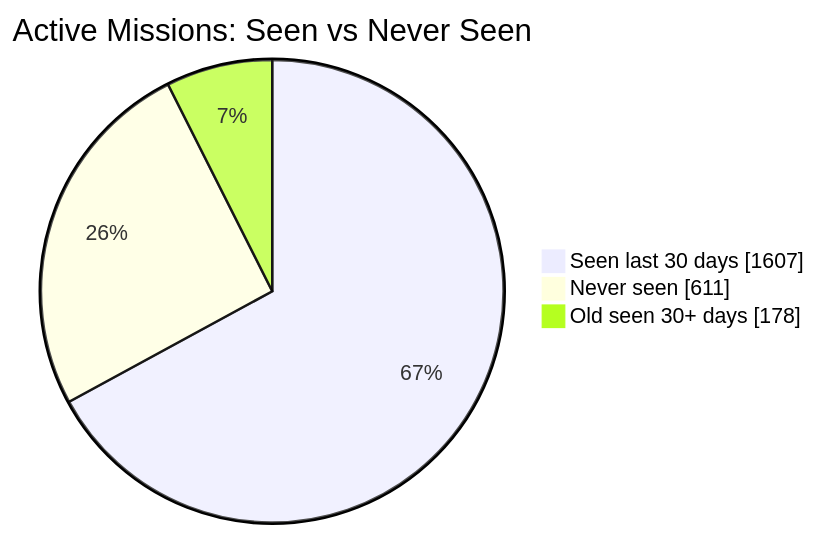
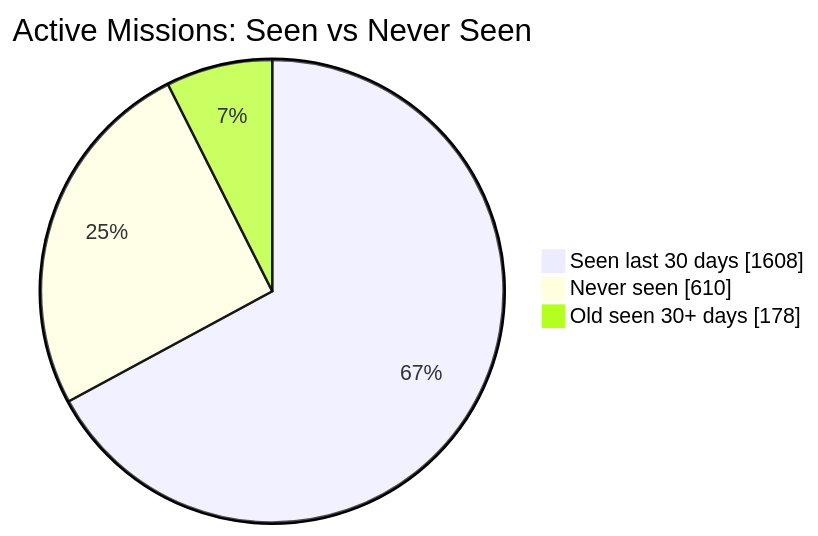
One commit to MeldkamerspelGameTeam/active-missions changed the first of 2 diagrams in README.md. Above: the diagram before and after it, drawn with Mermaid. The commit also changed other lines of this file and 3 other files, not shown here.

````diff
--- a/README.md
+++ b/README.md
@@ -34,7 +34,7 @@
 ```mermaid
 pie showData
     title Active Missions: Seen vs Never Seen
-    "Seen last 30 days" : 1607
-    "Never seen" : 611
+    "Seen last 30 days" : 1608
+    "Never seen" : 610
     "Old seen 30+ days" : 178
 ```
````
